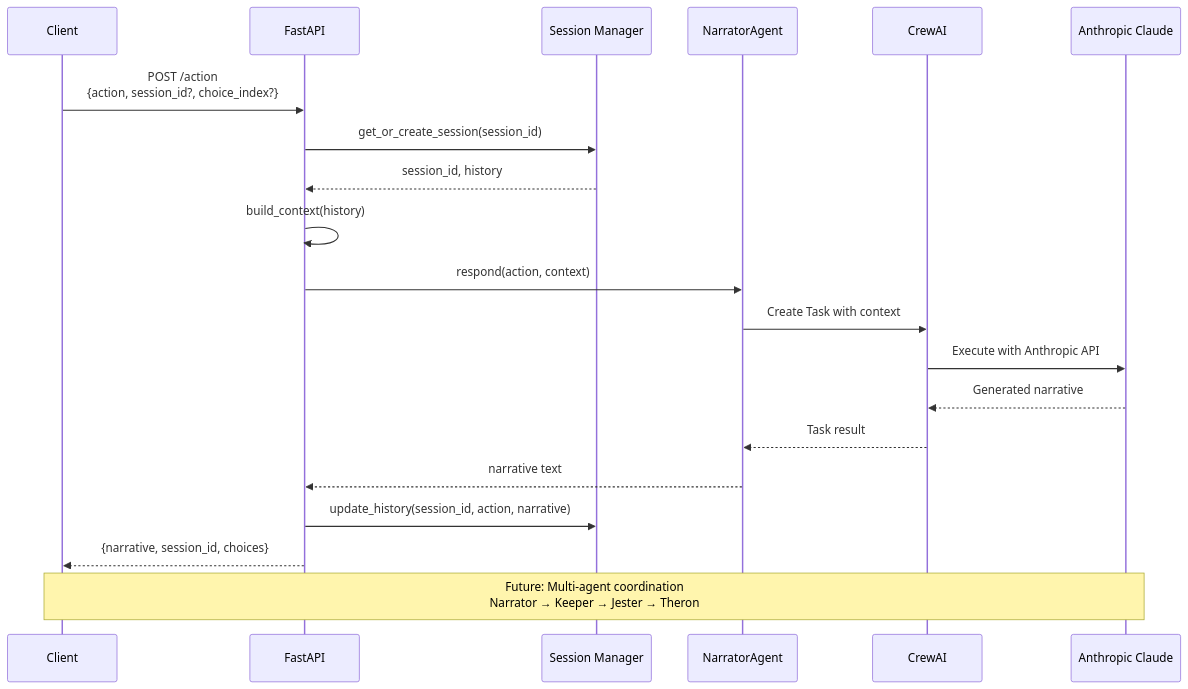
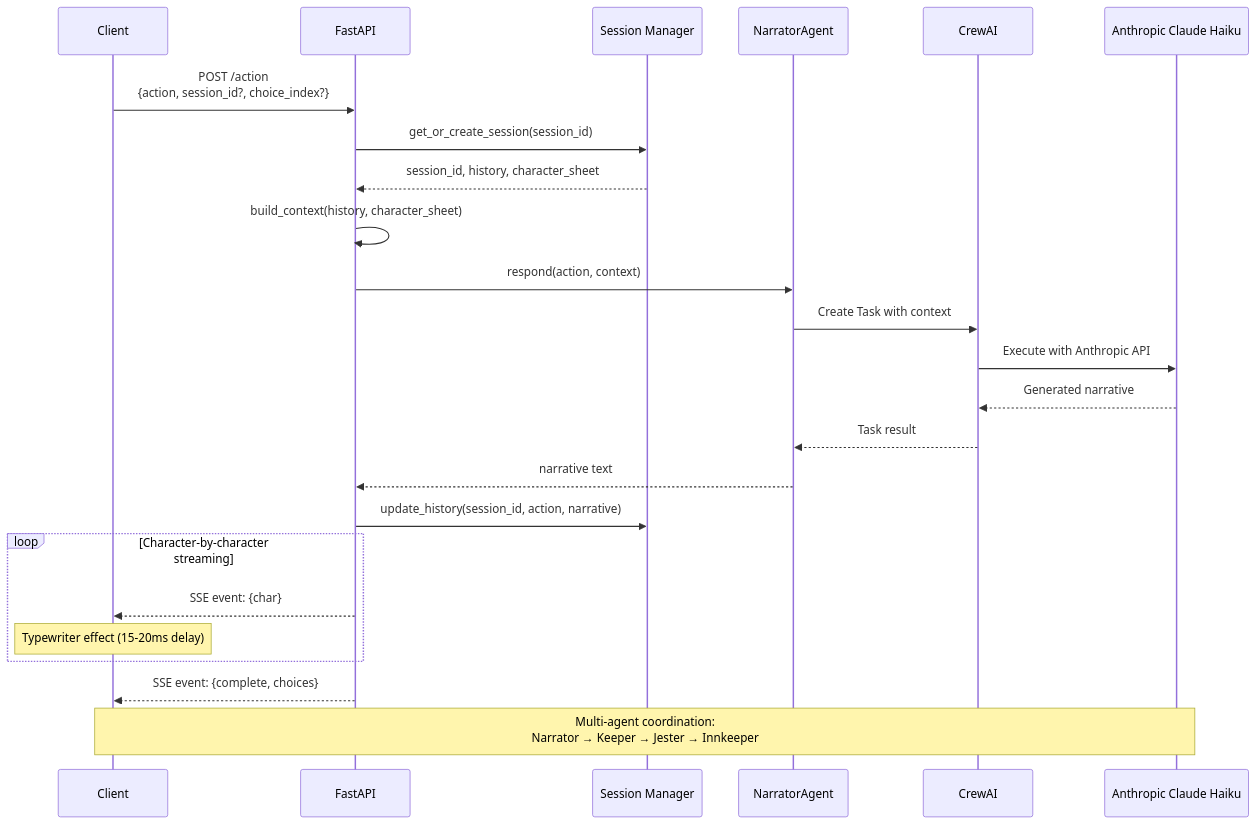
One commit to darth-dodo/pocket-portals changed the third of 3 diagrams in docs/guides/ONBOARDING.md. Above: the diagram before and after it, drawn with Mermaid. The commit also changed other lines of this file and 5 other files, not shown here.

First line of the commit message:
docs: Update documentation with streaming, Haiku model, and mobile improvements

````diff
--- a/docs/guides/ONBOARDING.md
+++ b/docs/guides/ONBOARDING.md
@@ -611,32 +665,37 @@
 ```mermaid
 sequenceDiagram
     participant Client
     participant FastAPI
     participant SessionMgr as Session Manager
     participant Agent as NarratorAgent
     participant CrewAI
-    participant LLM as Anthropic Claude
+    participant LLM as Anthropic Claude Haiku
 
     Client->>FastAPI: POST /action<br/>{action, session_id?, choice_index?}
 
     FastAPI->>SessionMgr: get_or_create_session(session_id)
-    SessionMgr-->>FastAPI: session_id, history
+    SessionMgr-->>FastAPI: session_id, history, character_sheet
 
-    FastAPI->>FastAPI: build_context(history)
+    FastAPI->>FastAPI: build_context(history, character_sheet)
 
     FastAPI->>Agent: respond(action, context)
 
     Agent->>CrewAI: Create Task with context
     CrewAI->>LLM: Execute with Anthropic API
 
     LLM-->>CrewAI: Generated narrative
     CrewAI-->>Agent: Task result
 
     Agent-->>FastAPI: narrative text
 
     FastAPI->>SessionMgr: update_history(session_id, action, narrative)
 
-    FastAPI-->>Client: {narrative, session_id, choices}
+    loop Character-by-character streaming
+        FastAPI-->>Client: SSE event: {char}
+        Note over Client: Typewriter effect (15-20ms delay)
+    end
 
-    Note over Client,LLM: Future: Multi-agent coordination<br/>Narrator → Keeper → Jester → Theron
+    FastAPI-->>Client: SSE event: {complete, choices}
+
+    Note over Client,LLM: Multi-agent coordination:<br/>Narrator → Keeper → Jester → Innkeeper
 ```
````
